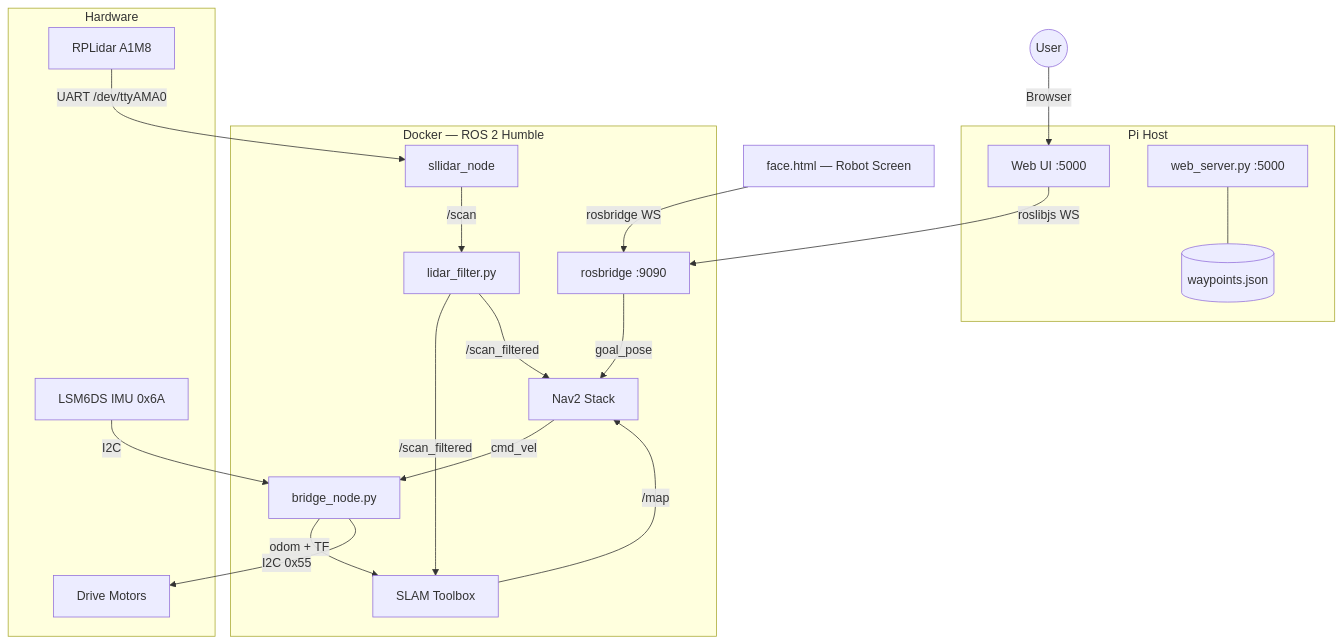
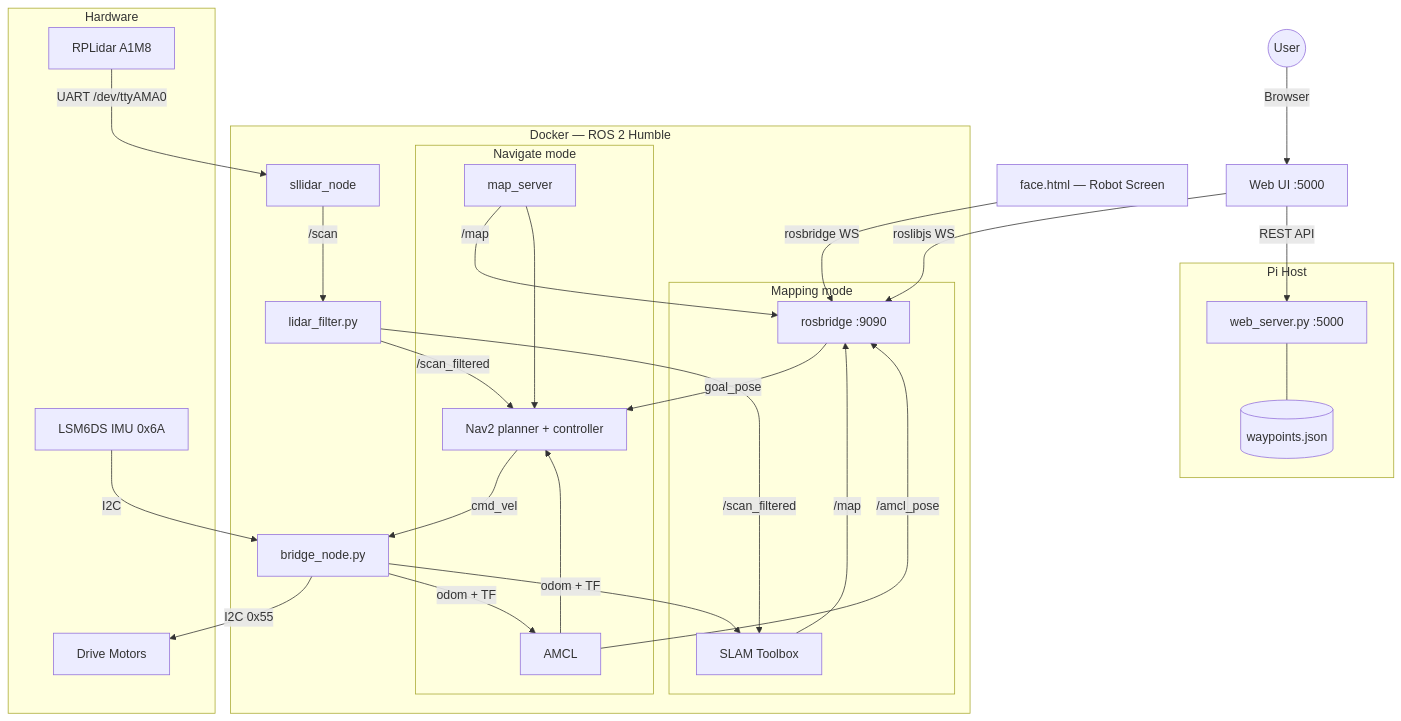
One commit to AmineFrioua/walter_bot changed the diagram in README.md. Above: the diagram before and after it, drawn with Mermaid. The commit also changed other lines of this file and 1 other file, not shown here.

First line of the commit message:
Update README and SETUP to reflect current two-mode architecture

````diff
--- a/README.md
+++ b/README.md
@@ -9,30 +9,44 @@
 ```mermaid
 graph TD
     User((User)) -->|Browser| WebUI[Web UI :5000]
+    WebUI -->|REST API| Flask[web_server.py :5000]
     WebUI -->|roslibjs WS| RosBridge[rosbridge :9090]
 
     subgraph Docker [Docker — ROS 2 Humble]
-        RosBridge -->|goal_pose| Nav2[Nav2 Stack]
+        RosBridge
+
+        subgraph MappingMode [Mapping mode]
+            SLAM[SLAM Toolbox] -->|/map| RosBridge
+        end
+
+        subgraph NavigateMode [Navigate mode]
+            MapServer[map_server] -->|/map| RosBridge
+            AMCL[AMCL] -->|/amcl_pose| RosBridge
+            Nav2[Nav2 planner + controller]
+            MapServer --> Nav2
+            AMCL --> Nav2
+        end
+
+        RosBridge -->|goal_pose| Nav2
         Nav2 -->|cmd_vel| Bridge[bridge_node.py]
-        Bridge -->|odom + TF| SLAM[SLAM Toolbox]
+        Bridge -->|odom + TF| SLAM
+        Bridge -->|odom + TF| AMCL
         LiDAR[sllidar_node] -->|/scan| Filter[lidar_filter.py]
         Filter -->|/scan_filtered| SLAM
         Filter -->|/scan_filtered| Nav2
-        SLAM -->|/map| Nav2
     end
 
     subgraph Pi Host
-        WebUI
-        Flask[web_server.py :5000]
+        Flask
         Waypoints[(waypoints.json)]
         Flask --- Waypoints
     end
 
     subgraph Hardware
         Bridge -->|I2C 0x55| Motors[Drive Motors]
         IMU[LSM6DS IMU 0x6A] -->|I2C| Bridge
         RPLidar[RPLidar A1M8] -->|UART /dev/ttyAMA0| LiDAR
     end
 
     Face[face.html — Robot Screen] -->|rosbridge WS| RosBridge
 ```
````
